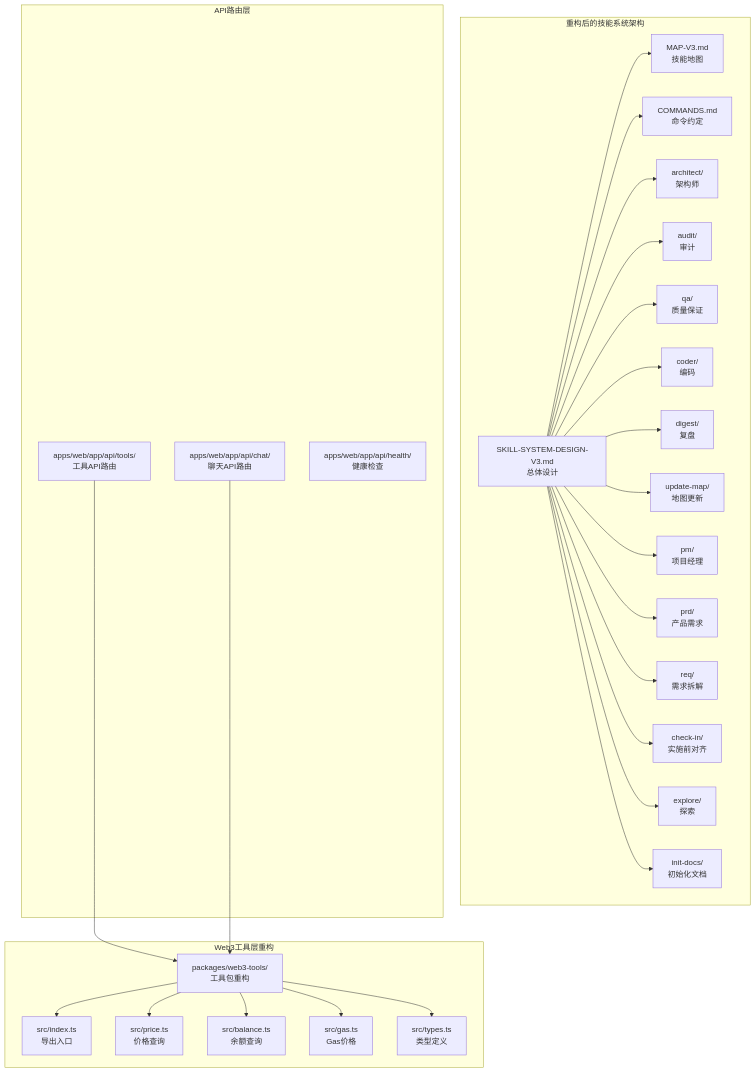
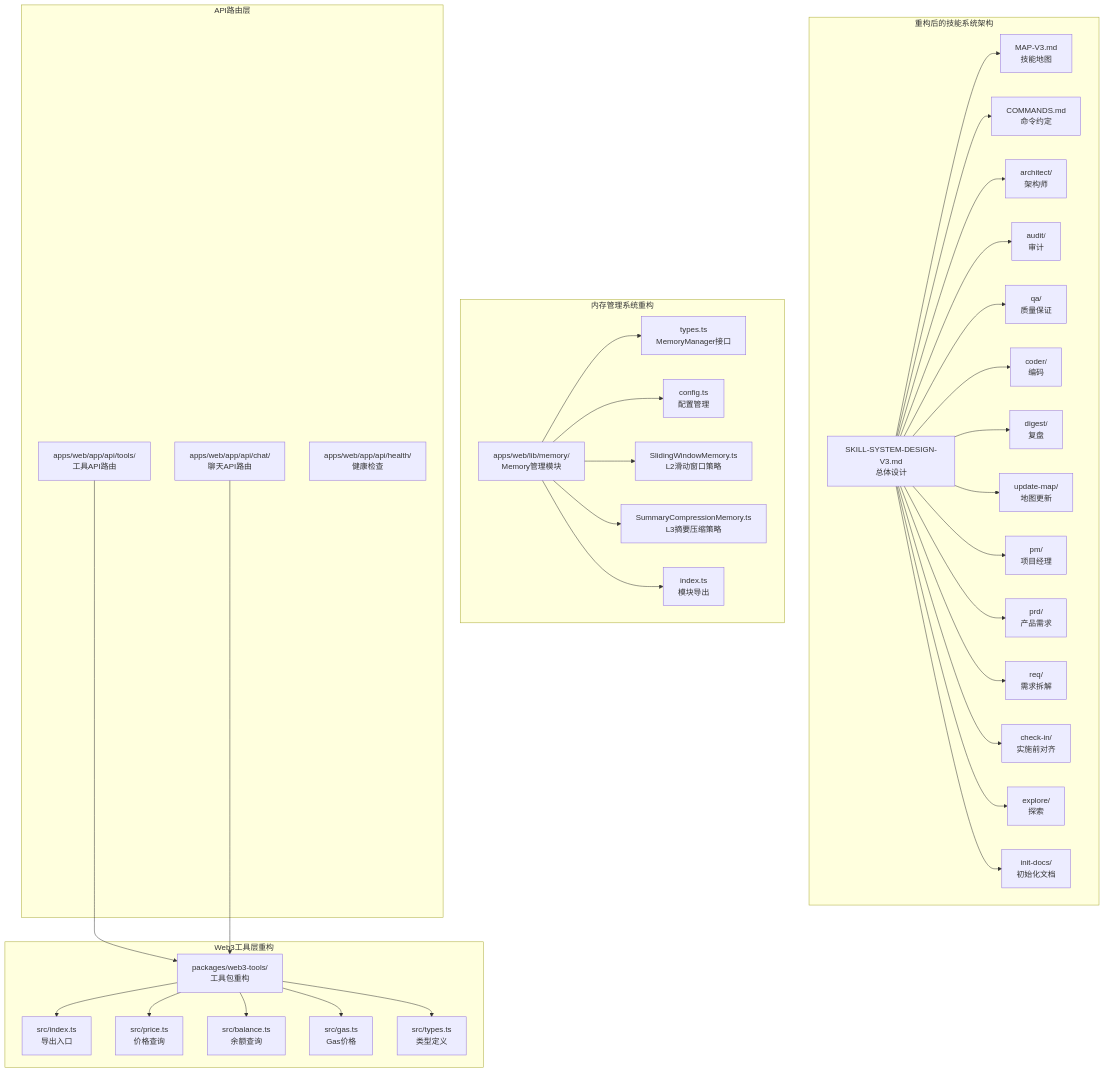
Before and after one commit to CryptoLinxu/Web3-AI-Agent: the first of 5 diagrams in .qoder/repowiki/zh/content/技能系统架构/技能系统架构.md, drawn with Mermaid. The commit also changed other lines of this file and 6 other files, not shown here.

First line of the commit message:
refactor(web3-tools): 将价格工具重构为参数化的多币种查询

````diff
--- a/.qoder/repowiki/zh/content/技能系统架构/技能系统架构.md
+++ b/.qoder/repowiki/zh/content/技能系统架构/技能系统架构.md
@@ -61,54 +71,67 @@
 ```mermaid
 graph TB
 subgraph "重构后的技能系统架构"
 A["SKILL-SYSTEM-DESIGN-V3.md<br/>总体设计"]
 B["MAP-V3.md<br/>技能地图"]
 C["COMMANDS.md<br/>命令约定"]
 D["architect/<br/>架构师"]
 E["audit/<br/>审计"]
 F["qa/<br/>质量保证"]
 G["coder/<br/>编码"]
 H["digest/<br/>复盘"]
 I["update-map/<br/>地图更新"]
 J["pm/<br/>项目经理"]
 K["prd/<br/>产品需求"]
 L["req/<br/>需求拆解"]
 M["check-in/<br/>实施前对齐"]
 N["explore/<br/>探索"]
 O["init-docs/<br/>初始化文档"]
 end
+subgraph "内存管理系统重构"
+W1["apps/web/lib/memory/<br/>Memory管理模块"]
+W2["types.ts<br/>MemoryManager接口"]
+W3["config.ts<br/>配置管理"]
+W4["SlidingWindowMemory.ts<br/>L2滑动窗口策略"]
+W5["SummaryCompressionMemory.ts<br/>L3摘要压缩策略"]
+W6["index.ts<br/>模块导出"]
+end
 subgraph "Web3工具层重构"
-W1["packages/web3-tools/<br/>工具包重构"]
-W2["src/index.ts<br/>导出入口"]
-W3["src/price.ts<br/>价格查询"]
-W4["src/balance.ts<br/>余额查询"]
-W5["src/gas.ts<br/>Gas价格"]
-W6["src/types.ts<br/>类型定义"]
+X1["packages/web3-tools/<br/>工具包重构"]
+X2["src/index.ts<br/>导出入口"]
+X3["src/price.ts<br/>价格查询"]
+X4["src/balance.ts<br/>余额查询"]
+X5["src/gas.ts<br/>Gas价格"]
+X6["src/types.ts<br/>类型定义"]
 end
 subgraph "API路由层"
-A1["apps/web/app/api/tools/<br/>工具API路由"]
-A2["apps/web/app/api/chat/<br/>聊天API路由"]
-A3["apps/web/app/api/health/<br/>健康检查"]
+Y1["apps/web/app/api/tools/<br/>工具API路由"]
+Y2["apps/web/app/api/chat/<br/>聊天API路由"]
+Y3["apps/web/app/api/health/<br/>健康检查"]
 end
 A --> B
 A --> C
 A --> D
 A --> E
 A --> F
 A --> G
 A --> H
 A --> I
 A --> J
 A --> K
 A --> L
 A --> M
 A --> N
 A --> O
 W1 --> W2
 W1 --> W3
 W1 --> W4
 W1 --> W5
 W1 --> W6
-A1 --> W1
-A2 --> W1
+X1 --> X2
+X1 --> X3
+X1 --> X4
+X1 --> X5
+X1 --> X6
+Y1 --> X1
+Y2 --> X1
 ```
````
